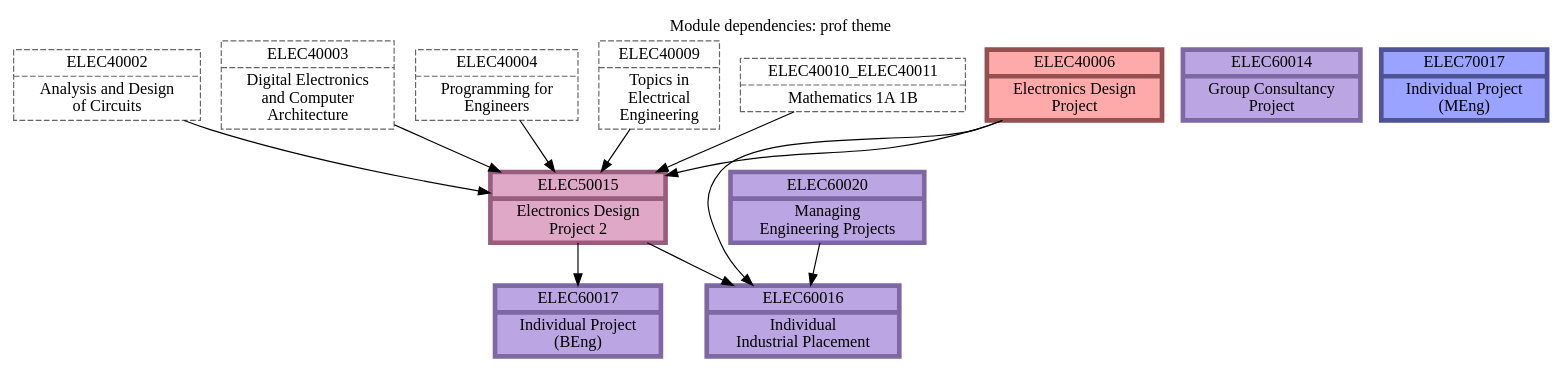
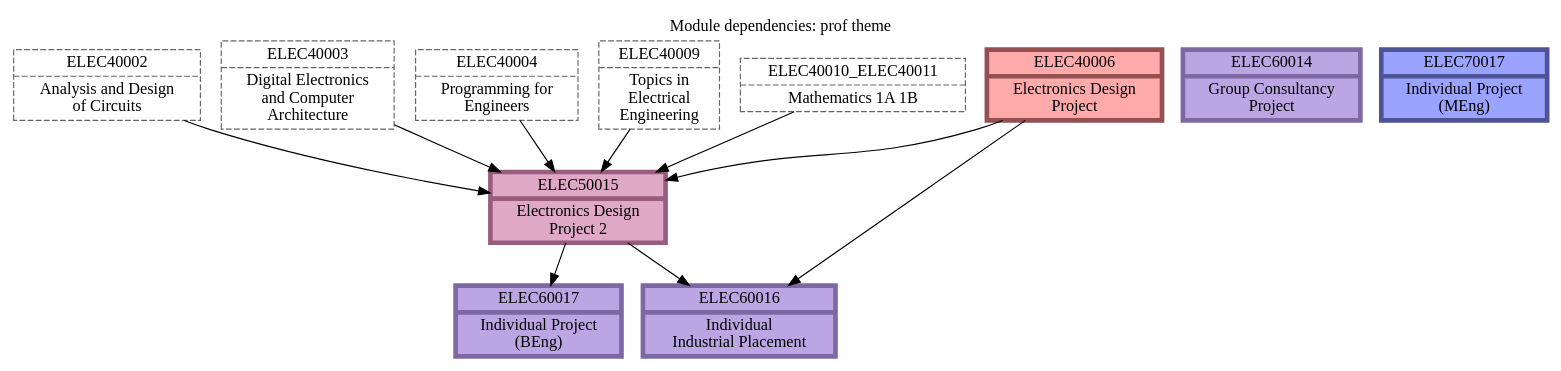
One commit to johnwickerson/ee_modules changed the diagram in modules.dot. Above: the diagram before and after it, drawn with Graphviz. The commit also changed 14 other files, not shown here.

```diff
--- a/modules.dot
+++ b/modules.dot
@@ -1,76 +1,73 @@
 // This is an auto-generated file. Don't edit this file; edit `modules.yml` instead.
 
 digraph G {
   graph[root="root"];
   node[shape="record", style="filled"];
 
   node[color="#945050", fillcolor="#ffaaaa", penwidth=4, style="filled"];
 
   ELEC40006 [label="{ELEC40006 | Electronics Design\nProject}"];
 
 
   node[penwidth=1];
 
 
   node[color="#666666", fillcolor="#dddddd", style="dashed"];
 
   ELEC40002 [label="{ELEC40002 | Analysis and Design\nof Circuits}"];
 
   ELEC40003 [label="{ELEC40003 | Digital Electronics\nand Computer\nArchitecture}"];
 
   ELEC40004 [label="{ELEC40004 | Programming for\nEngineers}"];
 
   ELEC40009 [label="{ELEC40009 | Topics in\nElectrical\nEngineering}"];
 
   ELEC40010_ELEC40011 [label="{ELEC40010_ELEC40011 | Mathematics 1A 1B}"];
 
   node[color="#985d7d", fillcolor="#dea8c6", penwidth=4, style="filled"];
 
   ELEC50015 [label="{ELEC50015 | Electronics Design\nProject 2}"];
   ELEC40002 -> ELEC50015;
   ELEC40003 -> ELEC50015;
   ELEC40004 -> ELEC50015;
   ELEC40006 -> ELEC50015;
   ELEC40009 -> ELEC50015;
   ELEC40010_ELEC40011 -> ELEC50015;
 
 
   node[penwidth=1];
 
 
   node[color="#666666", fillcolor="#dddddd", style="dashed"];
 
   node[color="#7e68a4", fillcolor="#bba5e3", penwidth=4, style="filled"];
 
   ELEC60014 [label="{ELEC60014 | Group Consultancy\nProject}"];
 
   ELEC60016 [label="{ELEC60016 | Individual\nIndustrial Placement}"];
   ELEC40006 -> ELEC60016 [weight=0];
   ELEC50015 -> ELEC60016;
-  ELEC60020 -> ELEC60016;
 
   ELEC60017 [label="{ELEC60017 | Individual Project\n(BEng)}"];
   ELEC50015 -> ELEC60017;
 
 
   node[penwidth=1];
 
 
   node[color="#666666", fillcolor="#dddddd", style="dashed"];
-
-  ELEC60020 [label="{ELEC60020 | Managing\nEngineering Projects}"];
 
   node[color="#4d5395", fillcolor="#9aa3ff", penwidth=4, style="filled"];
 
   ELEC70017 [label="{ELEC70017 | Individual Project\n(MEng)}"];
 
 
   node[penwidth=1];
 
 
   node[color="#666666", fillcolor="#dddddd", style="dashed"];
 
   // title
   labelloc="t";
   label="Module dependencies: prof theme";
 }
```
